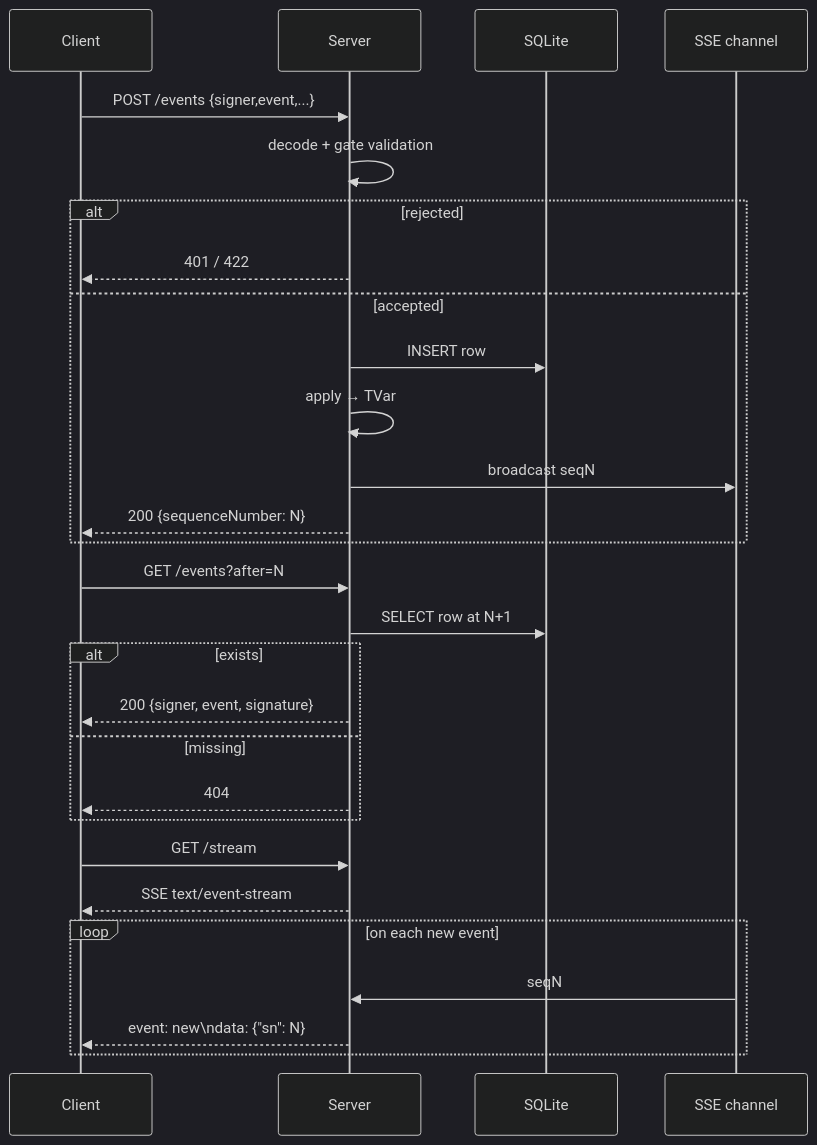
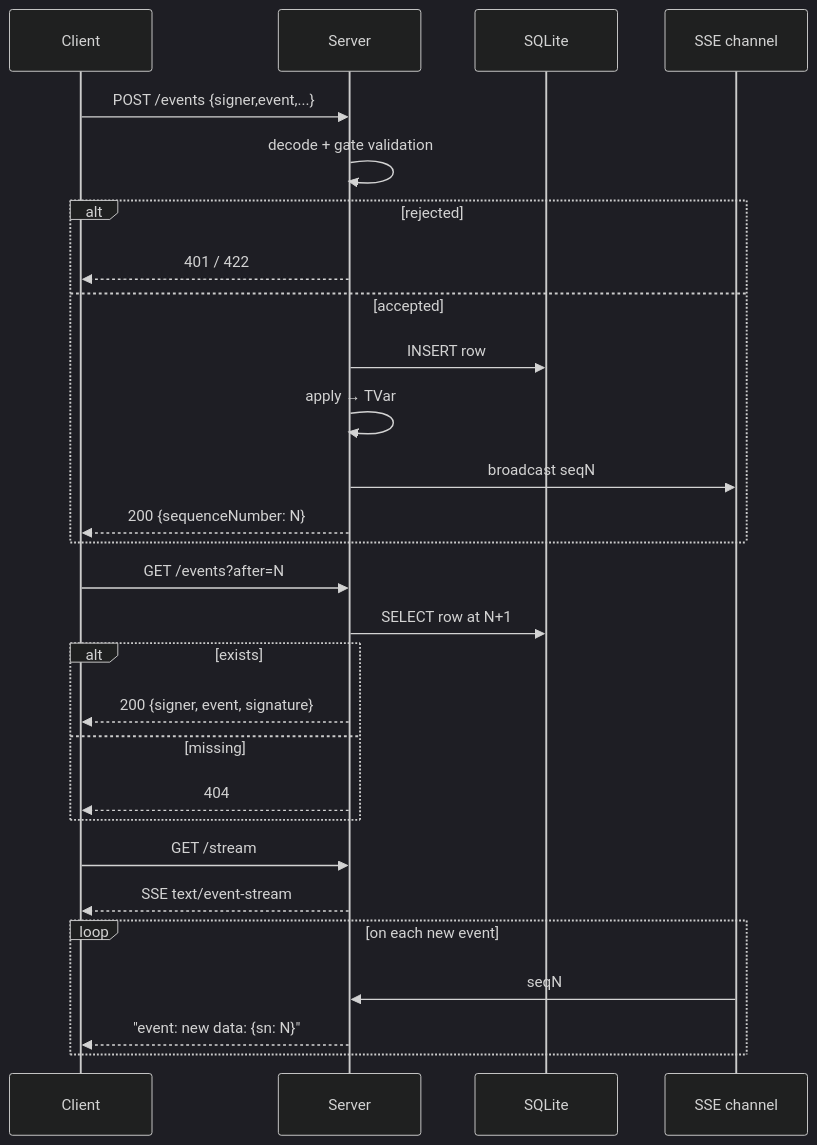
One commit to paolino/kel-circle changed diagram 14 of 20 in docs/docs/architecture.md. Above: the diagram before and after it, drawn with Mermaid (dark theme). The commit also changed other lines of this file, not shown here.

Commit message:
fix: replace \n with <br/> in mermaid diagram labels

````diff
--- a/docs/docs/architecture.md
+++ b/docs/docs/architecture.md
@@ -400,33 +400,33 @@
 ```mermaid
 sequenceDiagram
     participant C as Client
     participant S as Server
     participant DB as SQLite
     participant CH as SSE channel
 
     C->>S: POST /events {signer,event,...}
     S->>S: decode + gate validation
     alt rejected
         S-->>C: 401 / 422
     else accepted
         S->>DB: INSERT row
         S->>S: apply → TVar
         S->>CH: broadcast seqN
         S-->>C: 200 {sequenceNumber: N}
     end
 
     C->>S: GET /events?after=N
     S->>DB: SELECT row at N+1
     alt exists
         S-->>C: 200 {signer, event, signature}
     else missing
         S-->>C: 404
     end
 
     C->>S: GET /stream
     S-->>C: SSE text/event-stream
     loop on each new event
         CH->>S: seqN
-        S-->>C: event: new\ndata: {"sn": N}
+        S-->>C: "event: new data: {sn: N}"
     end
 ```
````
